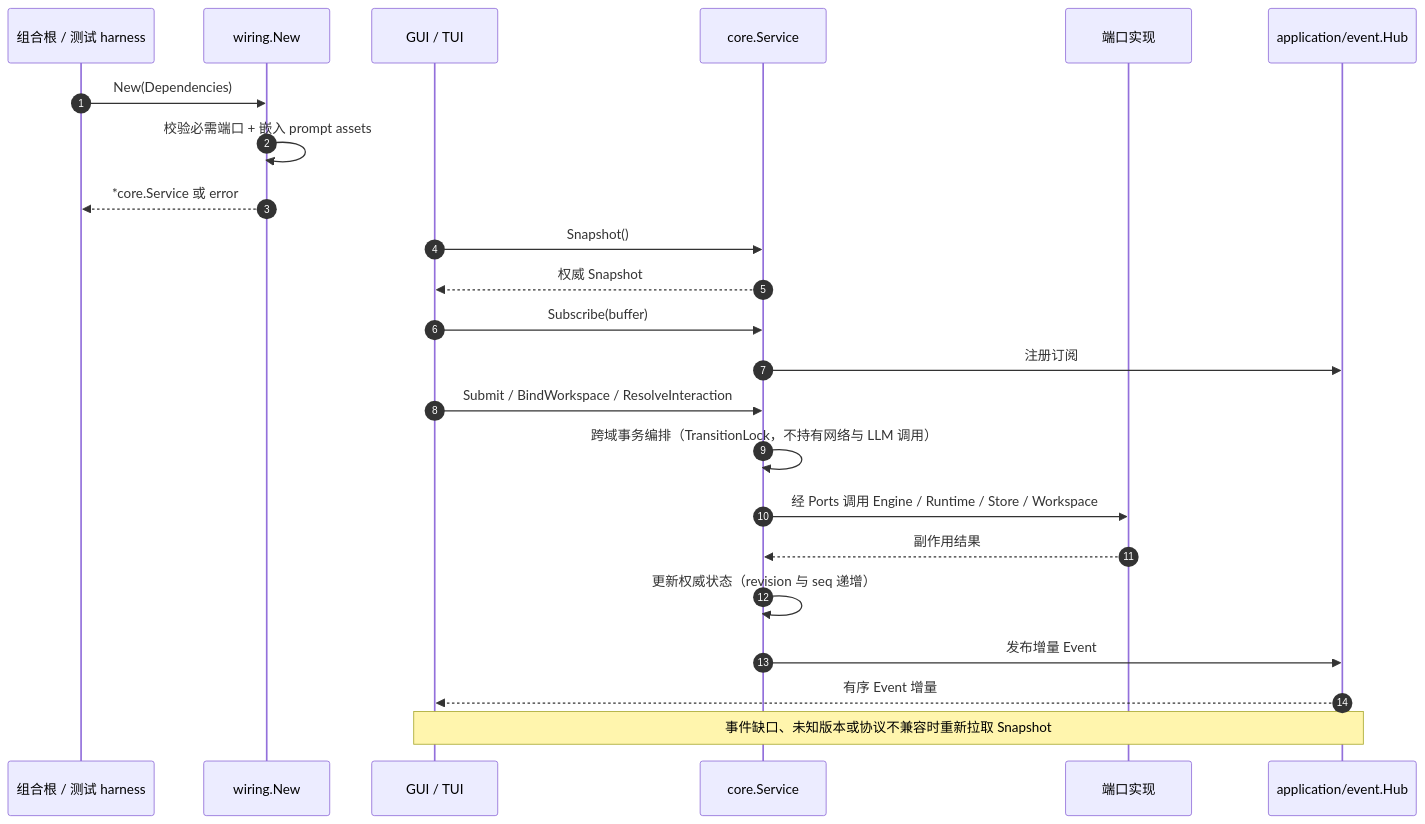
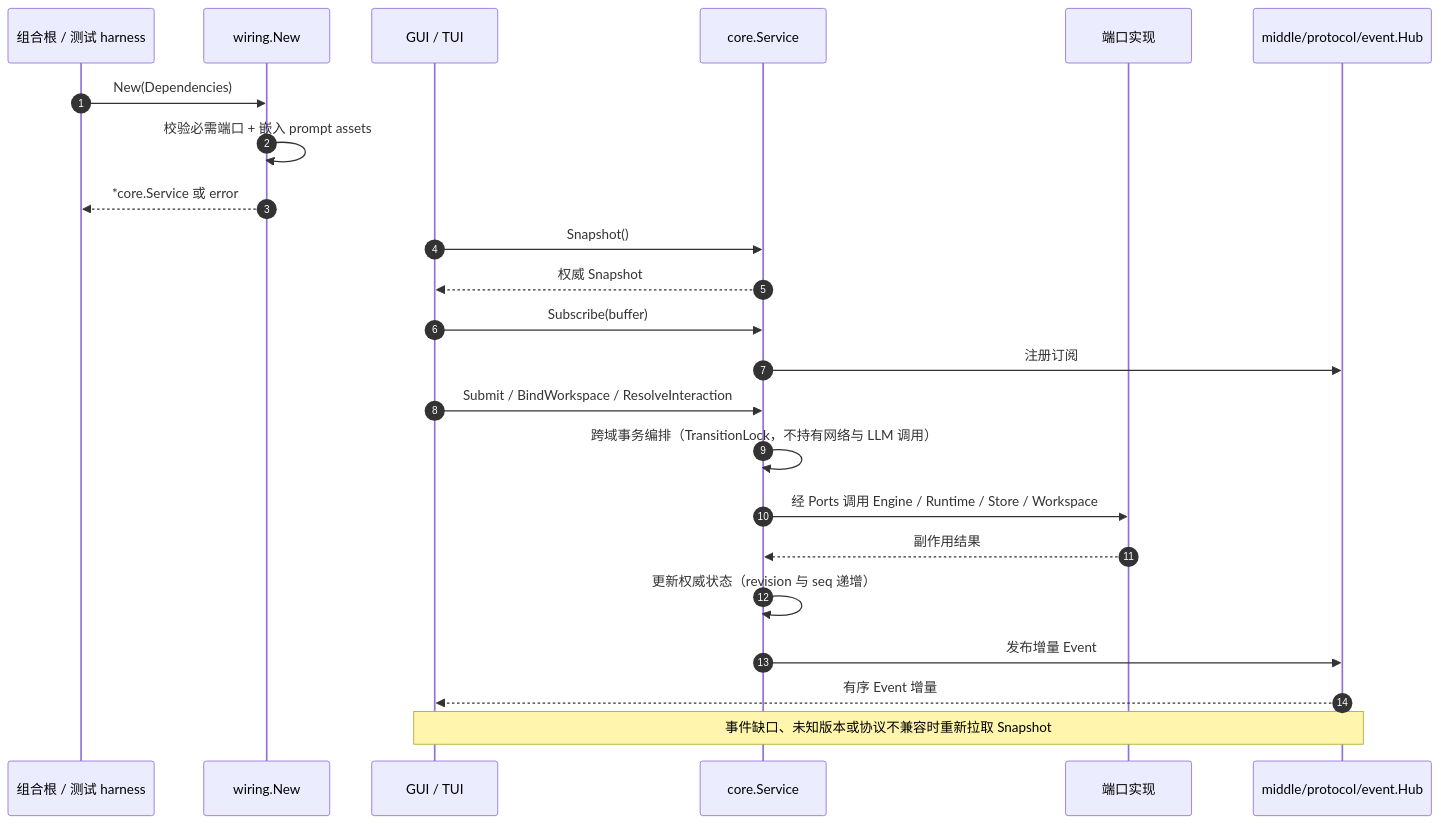
Before and after one commit to RedHuang-0622/seelex: the third of 5 diagrams in application/README.md, drawn with Mermaid. The commit also changed other lines of this file and 160 other files, not shown here.

First line of the commit message:
refactor(arch): M5-R3 model/event/state 归位 middle/protocol 与 kernel（plan §2.3）

````diff
--- a/application/README.md
+++ b/application/README.md
@@ -184,28 +184,28 @@
 ```mermaid
 sequenceDiagram
     autonumber
     participant H as 组合根 / 测试 harness
     participant A as wiring.New
     participant F as GUI / TUI
     participant S as core.Service
     participant P as 端口实现
-    participant E as application/event.Hub
+    participant E as middle/protocol/event.Hub
 
     H->>A: New(Dependencies)
     A->>A: 校验必需端口 + 嵌入 prompt assets
     A-->>H: *core.Service 或 error
 
     F->>S: Snapshot()
     S-->>F: 权威 Snapshot
     F->>S: Subscribe(buffer)
     S->>E: 注册订阅
 
     F->>S: Submit / BindWorkspace / ResolveInteraction
     S->>S: 跨域事务编排（TransitionLock，不持有网络与 LLM 调用）
     S->>P: 经 Ports 调用 Engine / Runtime / Store / Workspace
     P-->>S: 副作用结果
     S->>S: 更新权威状态（revision 与 seq 递增）
     S->>E: 发布增量 Event
     E-->>F: 有序 Event 增量
     Note over F,E: 事件缺口、未知版本或协议不兼容时重新拉取 Snapshot
 ```
````
